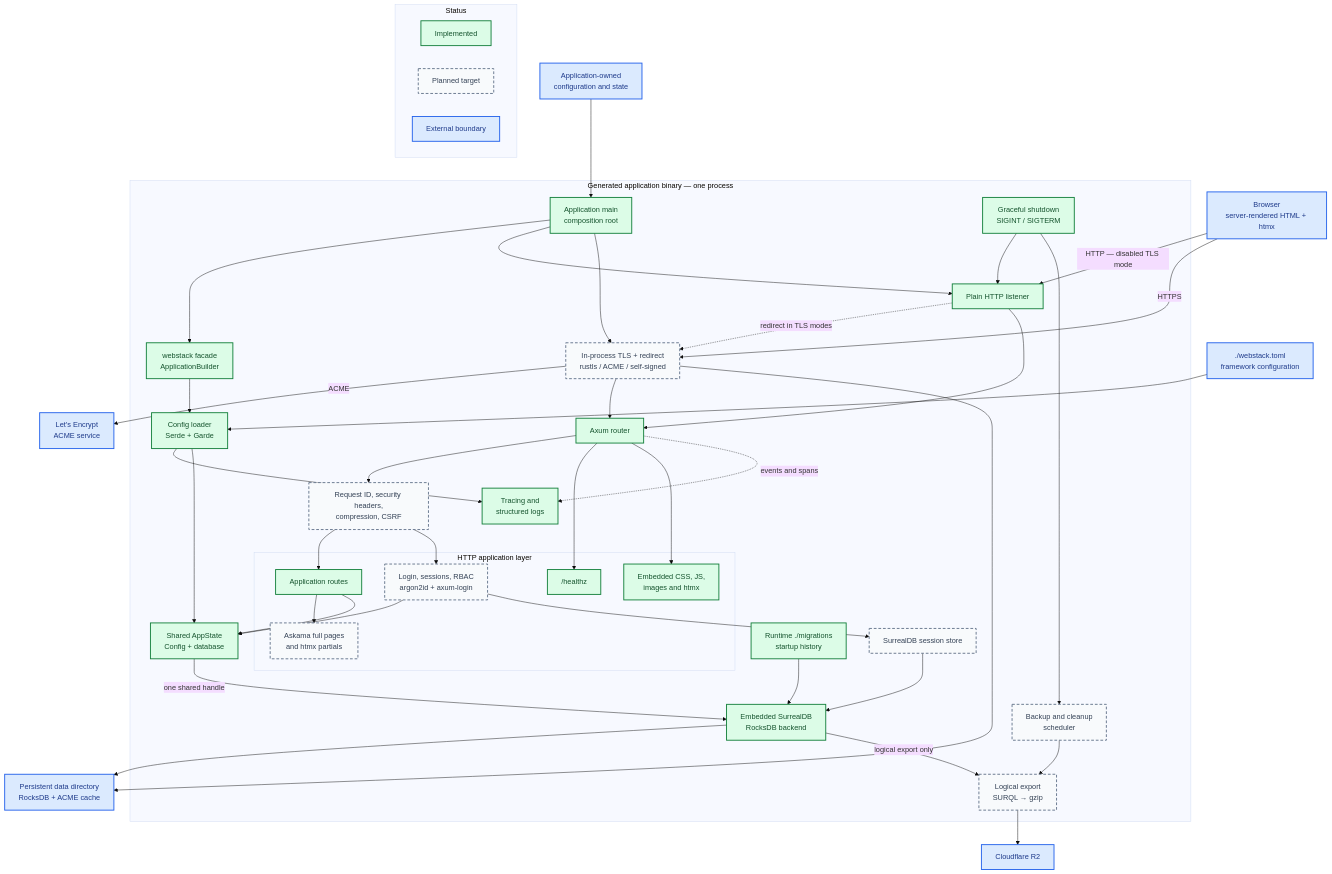
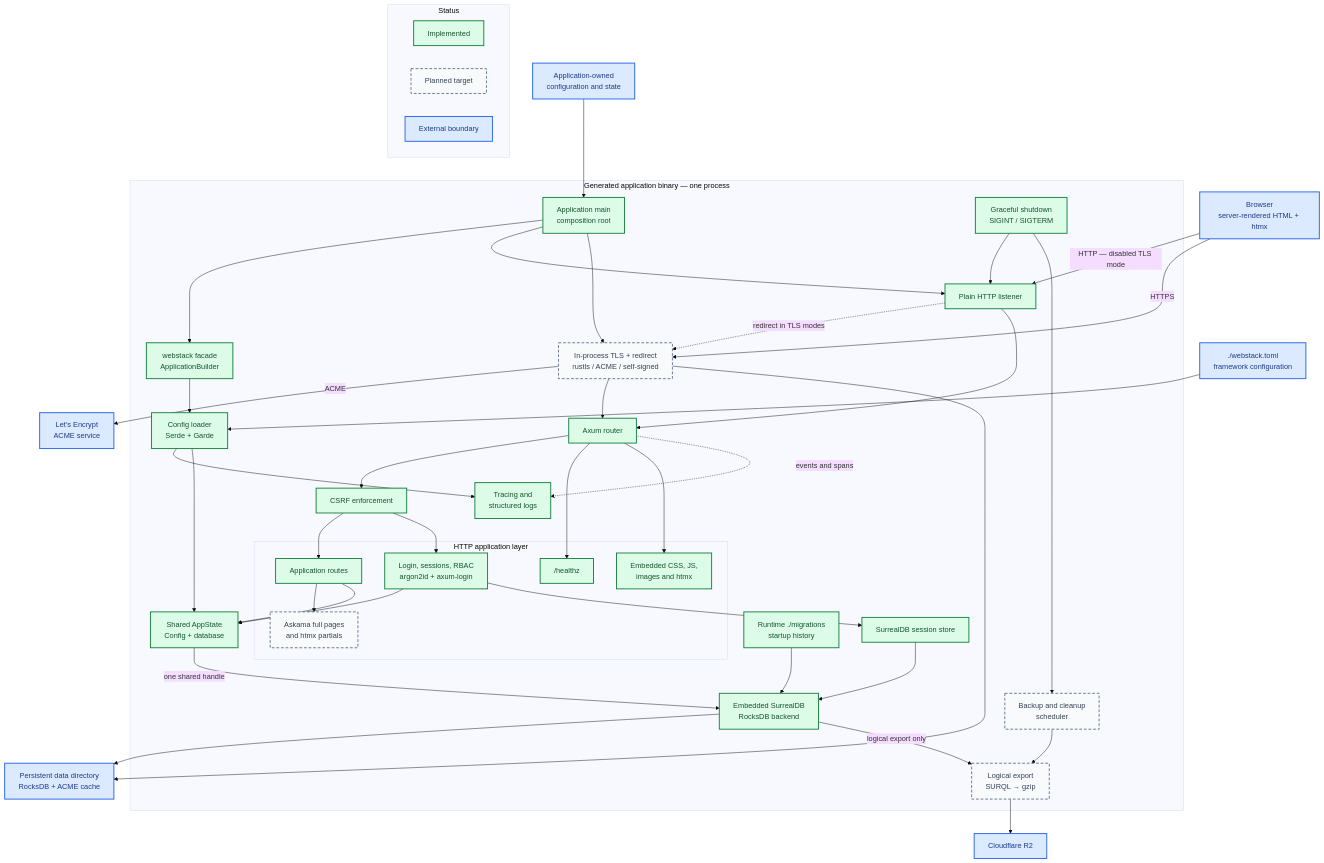
The diagram in docs/architecture.md (bwks/webstack), drawn with Mermaid (base theme) before and after one commit. The commit also changed other lines of this file and 30 other files, not shown here.

````diff
--- a/docs/architecture.md
+++ b/docs/architecture.md
@@ -35,78 +36,78 @@
 ```mermaid
 flowchart TB
     subgraph Legend["Status"]
         ImplementedLegend["Implemented"]:::implemented
         PlannedLegend["Planned target"]:::planned
         ExternalLegend["External boundary"]:::external
     end
 
     Browser["Browser<br/>server-rendered HTML + htmx"]:::external
     LetsEncrypt["Let's Encrypt<br/>ACME service"]:::external
     R2["Cloudflare R2"]:::external
     WebstackConfig["./webstack.toml<br/>framework configuration"]:::external
     AppConfig["Application-owned<br/>configuration and state"]:::external
     DataDir["Persistent data directory<br/>RocksDB + ACME cache"]:::external
 
     subgraph Binary["Generated application binary — one process"]
         Main["Application main<br/>composition root"]:::implemented
         Facade["webstack facade<br/>ApplicationBuilder"]:::implemented
         Config["Config loader<br/>Serde + Garde"]:::implemented
         Observability["Tracing and<br/>structured logs"]:::implemented
         Shutdown["Graceful shutdown<br/>SIGINT / SIGTERM"]:::implemented
 
         PlainHttp["Plain HTTP listener"]:::implemented
         Tls["In-process TLS + redirect<br/>rustls / ACME / self-signed"]:::planned
         Router["Axum router"]:::implemented
-        Middleware["Request ID, security headers,<br/>compression, CSRF"]:::planned
+        Middleware["CSRF enforcement"]:::implemented
 
         subgraph Http["HTTP application layer"]
             Health["/healthz"]:::implemented
             AppRoutes["Application routes"]:::implemented
-            Auth["Login, sessions, RBAC<br/>argon2id + axum-login"]:::planned
+            Auth["Login, sessions, RBAC<br/>argon2id + axum-login"]:::implemented
             Views["Askama full pages<br/>and htmx partials"]:::planned
             Assets["Embedded CSS, JS,<br/>images and htmx"]:::implemented
         end
 
         State["Shared AppState<br/>Config + database"]:::implemented
         Database["Embedded SurrealDB<br/>RocksDB backend"]:::implemented
         Migrations["Runtime ./migrations<br/>startup history"]:::implemented
-        Sessions["SurrealDB session store"]:::planned
+        Sessions["SurrealDB session store"]:::implemented
         Scheduler["Backup and cleanup<br/>scheduler"]:::planned
         Export["Logical export<br/>SURQL → gzip"]:::planned
     end
 
     WebstackConfig --> Config
     AppConfig --> Main
     Main --> Facade --> Config
     Config --> Observability
     Config --> State
     Main --> PlainHttp
     Main --> Tls
     Browser -->|HTTP — disabled TLS mode| PlainHttp
     Browser -->|HTTPS| Tls
     PlainHttp -.->|redirect in TLS modes| Tls
     Tls -->|ACME| LetsEncrypt
     PlainHttp --> Router
     Tls --> Router
     Router --> Middleware
     Router --> Health
     Middleware --> AppRoutes
     Middleware --> Auth
     AppRoutes --> Views
     Router --> Assets
     AppRoutes --> State
     Auth --> State
     Auth --> Sessions --> Database
     State -->|one shared handle| Database --> DataDir
     Migrations --> Database
     Tls --> DataDir
     Scheduler --> Export --> R2
     Database -->|logical export only| Export
     Router -.->|events and spans| Observability
     Shutdown --> PlainHttp
     Shutdown --> Scheduler
 
     classDef implemented fill:#dcfce7,stroke:#15803d,stroke-width:2px,color:#14532d
     classDef planned fill:#f8fafc,stroke:#64748b,stroke-width:2px,stroke-dasharray:6 4,color:#334155
     classDef external fill:#dbeafe,stroke:#2563eb,stroke-width:2px,color:#1e3a8a
 ```
````
